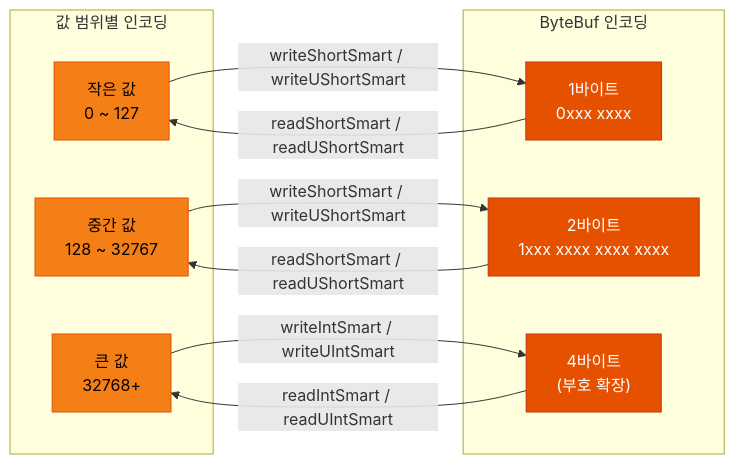
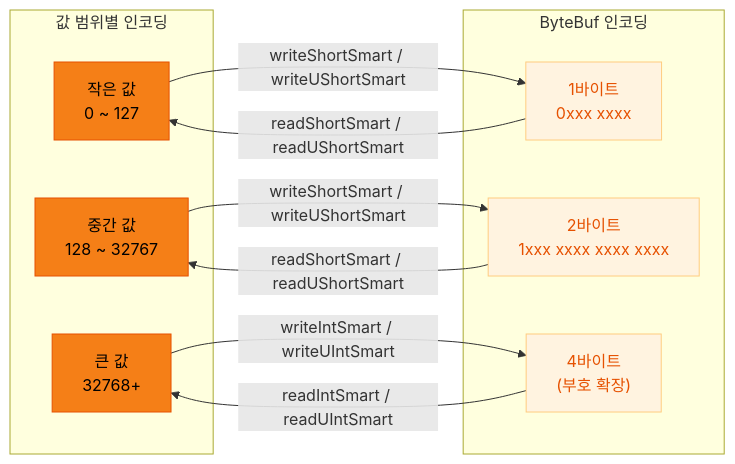
The second of 3 diagrams in io/netty/README.ko.md (bluetape4k/bluetape4k-projects), drawn with Mermaid before and after one commit. The commit also changed other lines of this file and 219 other files, not shown here.

First line of the commit message:
docs: 전체 README Mermaid 다이어그램 가이드 적용

````diff
--- a/io/netty/README.ko.md
+++ b/io/netty/README.ko.md
@@ -241,28 +241,28 @@
 ```mermaid
 flowchart LR
     subgraph 값 범위별 인코딩
         V1["작은 값<br/>0 ~ 127"]
         V2["중간 값<br/>128 ~ 32767"]
         V3["큰 값<br/>32768+"]
     end
 
     subgraph ByteBuf 인코딩
         B1["1바이트<br/>0xxx xxxx"]
         B2["2바이트<br/>1xxx xxxx xxxx xxxx"]
         B3["4바이트<br/>(부호 확장)"]
     end
 
     V1 -->|writeShortSmart / writeUShortSmart| B1
     V2 -->|writeShortSmart / writeUShortSmart| B2
     V3 -->|writeIntSmart / writeUIntSmart| B3
 
     B1 -->|readShortSmart / readUShortSmart| V1
     B2 -->|readShortSmart / readUShortSmart| V2
     B3 -->|readIntSmart / readUIntSmart| V3
 
     classDef dataStyle fill:#F57F17,stroke:#E65100,color:#000000
-    classDef utilStyle fill:#E65100,stroke:#BF360C,color:#FFFFFF
+    classDef utilStyle fill:#FFF3E0,stroke:#FFCC80,color:#E65100
 
     class V1,V2,V3 dataStyle
     class B1,B2,B3 utilStyle
 ```
````
